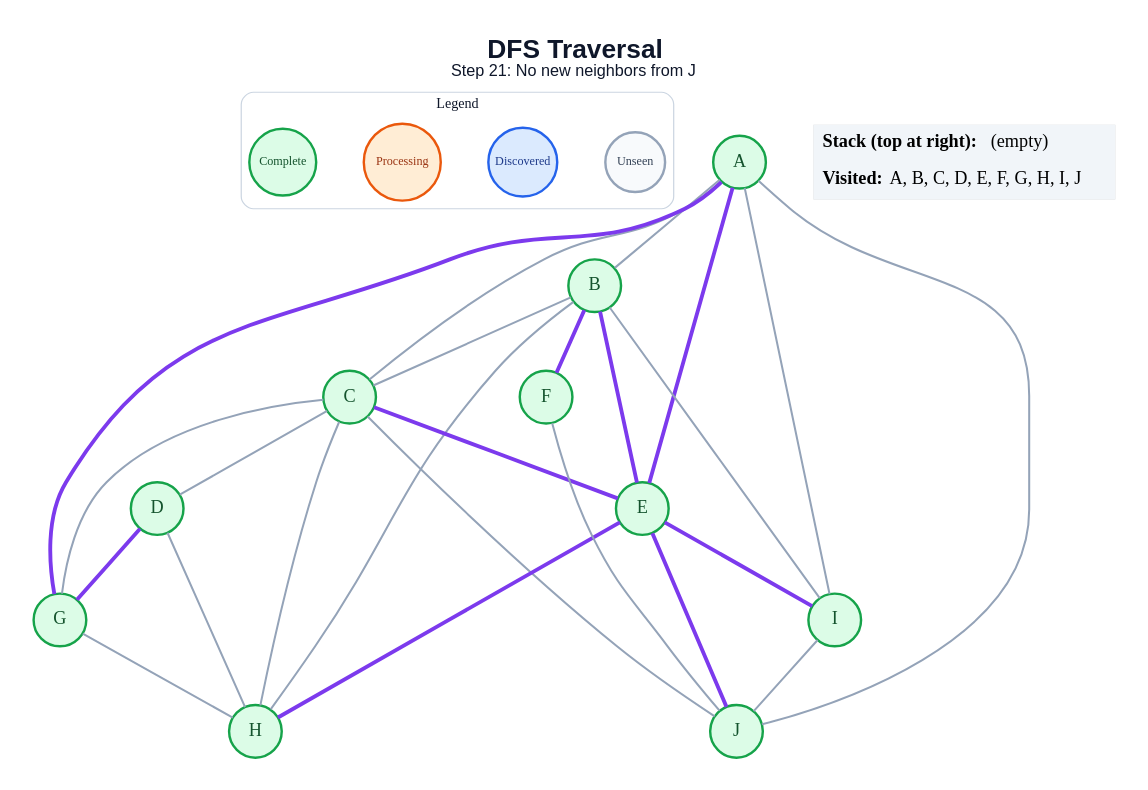
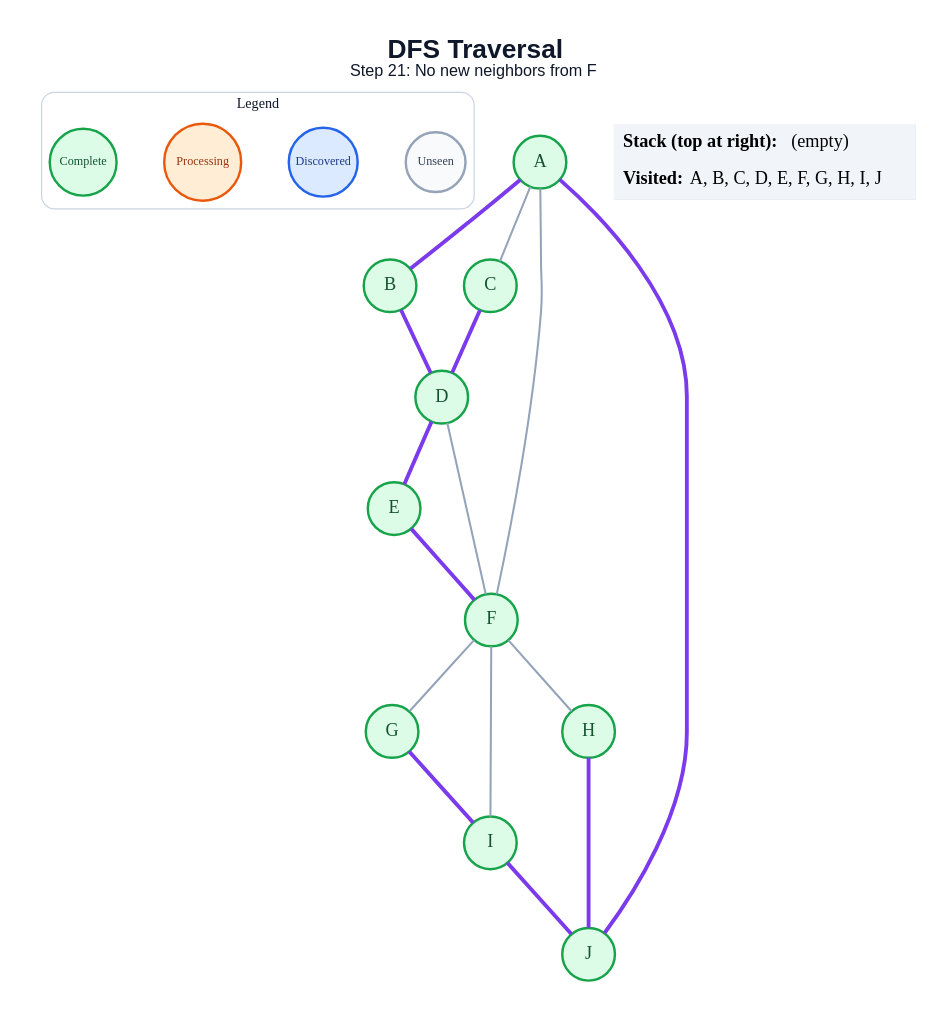
The diagram in generated/specific-node/dfs/step_21.dot (amanghodawala9/ai-slop), drawn with Graphviz before and after one commit. The commit also changed 178 other files, not shown here.

```diff
--- a/generated/specific-node/dfs/step_21.dot
+++ b/generated/specific-node/dfs/step_21.dot
@@ -1,53 +1,44 @@
 graph traversal {
   graph [layout=dot, rankdir=TB, bgcolor="#FFFFFF", pad="0.35", nodesep="0.65", ranksep="0.8", fontname="Arial"];
   node [shape=circle, style="filled", fontname="Arial Bold", fontsize=18, width=0.72, fixedsize=true, penwidth=2.4];
   edge [color="#94A3B8", penwidth=2.0];
-  label=<<B>DFS Traversal</B><BR/><FONT POINT-SIZE="16">Step 21: No new neighbors from J</FONT>>; labelloc="t"; fontsize=26; fontname="Arial"; fontcolor="#0F172A";
+  label=<<B>DFS Traversal</B><BR/><FONT POINT-SIZE="16">Step 21: No new neighbors from F</FONT>>; labelloc="t"; fontsize=26; fontname="Arial"; fontcolor="#0F172A";
   subgraph cluster_legend { label="Legend"; color="#CBD5E1"; penwidth=1.2; style="rounded"; fontsize=14; fontname="Arial Bold";
     key_unseen [label="Unseen", fillcolor="#F8FAFC", color="#94A3B8", fontcolor="#334155", fontsize=12, width=0.82];
     key_frontier [label="Discovered", fillcolor="#DBEAFE", color="#2563EB", fontcolor="#1E3A8A", fontsize=12, width=0.95];
     key_current [label="Processing", fillcolor="#FFEDD5", color="#EA580C", fontcolor="#9A3412", fontsize=12, width=1.05];
     key_done [label="Complete", fillcolor="#DCFCE7", color="#16A34A", fontcolor="#14532D", fontsize=12, width=0.92];
     { rank=same; key_unseen; key_frontier; key_current; key_done; }
   }
   A [fillcolor="#DCFCE7", color="#16A34A", fontcolor="#14532D"];
   B [fillcolor="#DCFCE7", color="#16A34A", fontcolor="#14532D"];
   C [fillcolor="#DCFCE7", color="#16A34A", fontcolor="#14532D"];
   D [fillcolor="#DCFCE7", color="#16A34A", fontcolor="#14532D"];
   E [fillcolor="#DCFCE7", color="#16A34A", fontcolor="#14532D"];
   F [fillcolor="#DCFCE7", color="#16A34A", fontcolor="#14532D"];
   G [fillcolor="#DCFCE7", color="#16A34A", fontcolor="#14532D"];
   H [fillcolor="#DCFCE7", color="#16A34A", fontcolor="#14532D"];
   I [fillcolor="#DCFCE7", color="#16A34A", fontcolor="#14532D"];
   J [fillcolor="#DCFCE7", color="#16A34A", fontcolor="#14532D"];
-  A -- B;
+  A -- B [color="#7C3AED", penwidth=3.8];
   A -- C;
-  A -- E [color="#7C3AED", penwidth=3.8];
-  A -- G [color="#7C3AED", penwidth=3.8];
-  A -- I;
-  A -- J;
-  B -- C;
-  B -- E [color="#7C3AED", penwidth=3.8];
-  B -- F [color="#7C3AED", penwidth=3.8];
-  B -- H;
-  B -- I;
-  C -- D;
-  C -- E [color="#7C3AED", penwidth=3.8];
-  C -- G;
-  C -- H;
-  C -- J;
-  D -- G [color="#7C3AED", penwidth=3.8];
-  D -- H;
-  E -- H [color="#7C3AED", penwidth=3.8];
-  E -- I [color="#7C3AED", penwidth=3.8];
-  E -- J [color="#7C3AED", penwidth=3.8];
-  F -- J;
-  G -- H;
-  I -- J;
+  A -- F;
+  A -- J [color="#7C3AED", penwidth=3.8];
+  B -- D [color="#7C3AED", penwidth=3.8];
+  C -- D [color="#7C3AED", penwidth=3.8];
+  D -- E [color="#7C3AED", penwidth=3.8];
+  D -- F;
+  E -- F [color="#7C3AED", penwidth=3.8];
+  F -- G;
+  F -- H;
+  F -- I;
+  G -- I [color="#7C3AED", penwidth=3.8];
+  H -- J [color="#7C3AED", penwidth=3.8];
+  I -- J [color="#7C3AED", penwidth=3.8];
   status [shape=plain, fixedsize=false, width=0, height=0, margin=0, label=<
     <TABLE BORDER="0" CELLBORDER="0" CELLPADDING="7" BGCOLOR="#F1F5F9">
       <TR><TD ALIGN="LEFT"><B>Stack (top at right):</B> (empty)</TD></TR>
       <TR><TD ALIGN="LEFT"><B>Visited:</B> A, B, C, D, E, F, G, H, I, J</TD></TR>
     </TABLE>
   >];
 }
```
